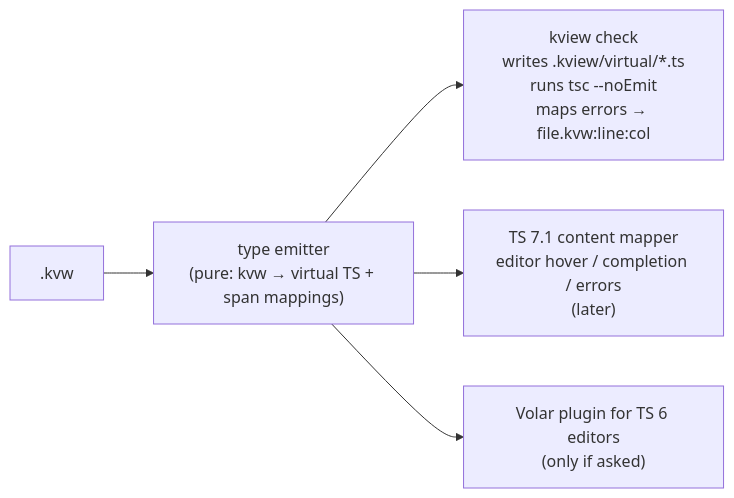
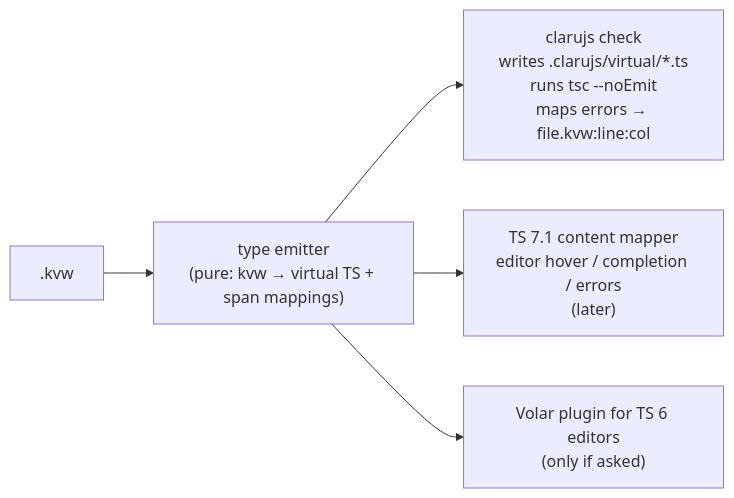
Before and after one commit to forinda/clarusjs: the eighth of 8 diagrams in docs/architecture.md, drawn with Mermaid. The commit also changed other lines of this file and 27 other files, not shown here.

````diff
--- a/docs/architecture.md
+++ b/docs/architecture.md
@@ -468,7 +468,7 @@
 ```mermaid
 flowchart LR
   KVW[".kvw"] --> GEN["type emitter<br/>(pure: kvw → virtual TS + span mappings)"]
-  GEN --> CLI["kview check<br/>writes .kview/virtual/*.ts<br/>runs tsc --noEmit<br/>maps errors → file.kvw:line:col"]
+  GEN --> CLI["clarujs check<br/>writes .clarujs/virtual/*.ts<br/>runs tsc --noEmit<br/>maps errors → file.kvw:line:col"]
   GEN --> CM["TS 7.1 content mapper<br/>editor hover / completion / errors<br/>(later)"]
   GEN --> VOL["Volar plugin for TS 6 editors<br/>(only if asked)"]
 ```
````
